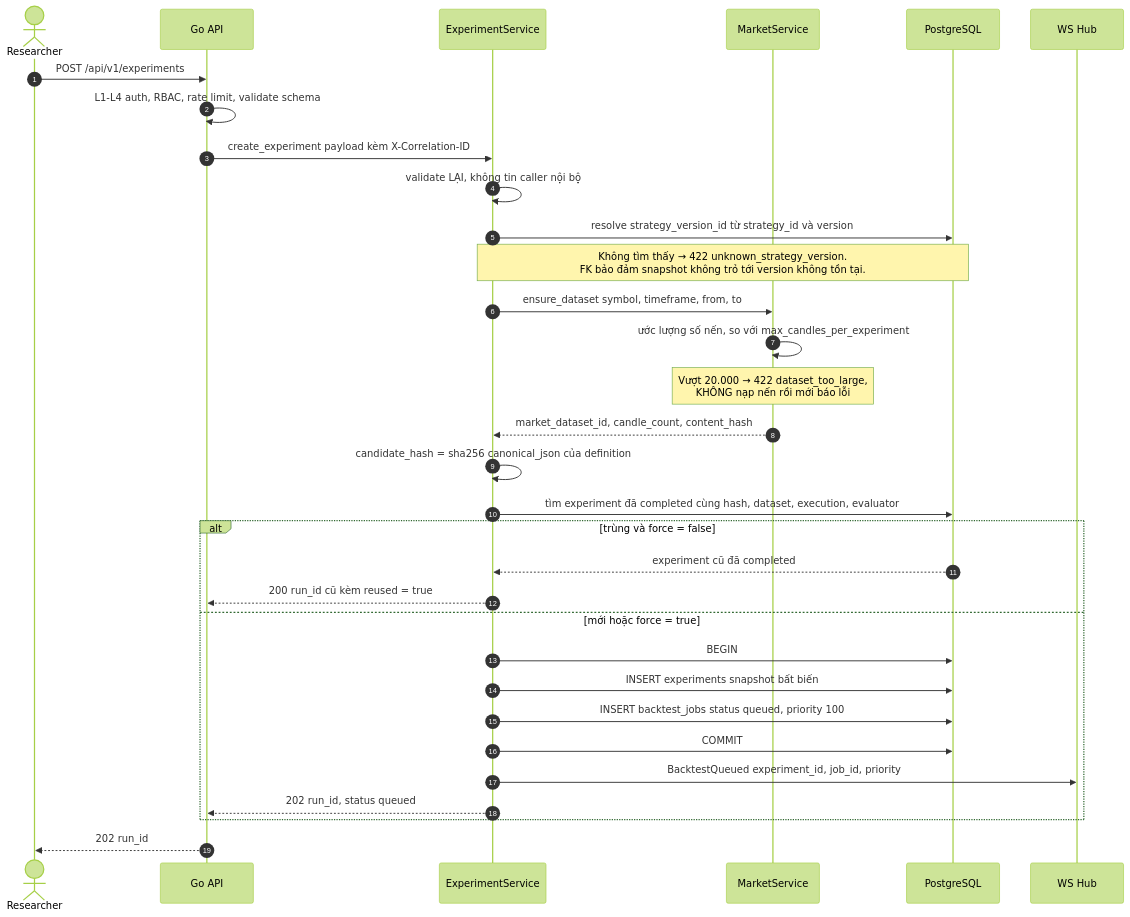
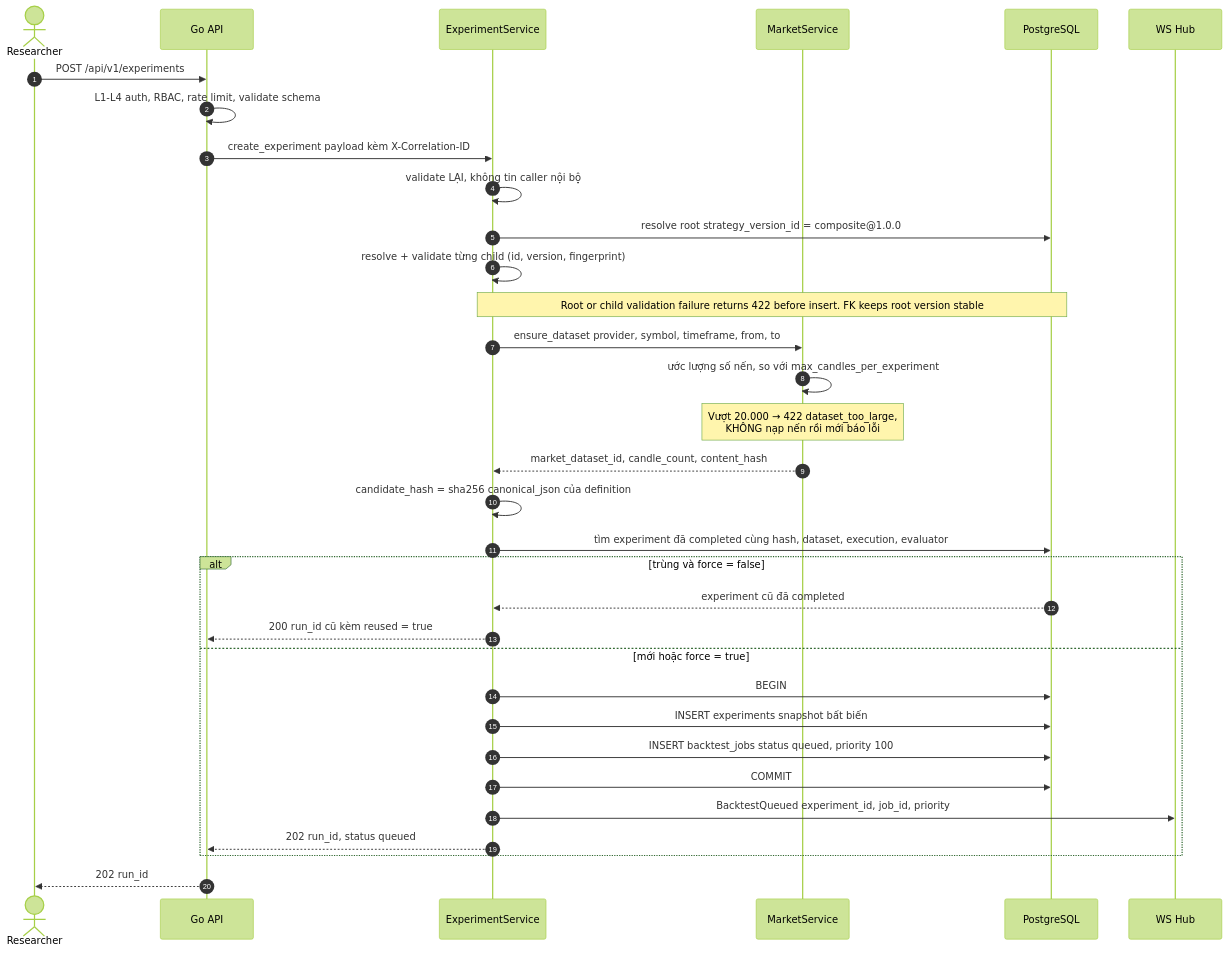
Before and after one commit to EnsoTech-Studio/CryptoBot: the diagram in blueprint/assets/diagrams/16-experiment-create-transaction.mmd, drawn with Mermaid (forest theme). The commit also changed 59 other files, not shown here.

Commit message:
update(blueprint): finalize architecture contracts

```diff
--- a/blueprint/assets/diagrams/16-experiment-create-transaction.mmd
+++ b/blueprint/assets/diagrams/16-experiment-create-transaction.mmd
@@ -1,33 +1,34 @@
 sequenceDiagram
     autonumber
     actor U as Researcher
     participant GO as Go API
     participant EXS as ExperimentService
     participant MS as MarketService
     participant DB as PostgreSQL
     participant HUB as WS Hub
 
     U->>GO: POST /api/v1/experiments
     GO->>GO: L1-L4 auth, RBAC, rate limit, validate schema
     GO->>EXS: create_experiment payload kèm X-Correlation-ID
     EXS->>EXS: validate LẠI, không tin caller nội bộ
-    EXS->>DB: resolve strategy_version_id từ strategy_id và version
-    Note over EXS,DB: Không tìm thấy → 422 unknown_strategy_version.<br/>FK bảo đảm snapshot không trỏ tới version không tồn tại.
-    EXS->>MS: ensure_dataset symbol, timeframe, from, to
+    EXS->>DB: resolve root strategy_version_id = composite@1.0.0
+    EXS->>EXS: resolve + validate từng child (id, version, fingerprint)
+    Note over EXS,DB: Root or child validation failure returns 422 before insert. FK keeps root version stable
+    EXS->>MS: ensure_dataset provider, symbol, timeframe, from, to
     MS->>MS: ước lượng số nến, so với max_candles_per_experiment
     Note over MS: Vượt 20.000 → 422 dataset_too_large,<br/>KHÔNG nạp nến rồi mới báo lỗi
     MS-->>EXS: market_dataset_id, candle_count, content_hash
     EXS->>EXS: candidate_hash = sha256 canonical_json của definition
     EXS->>DB: tìm experiment đã completed cùng hash, dataset, execution, evaluator
     alt trùng và force = false
         DB-->>EXS: experiment cũ đã completed
         EXS-->>GO: 200 run_id cũ kèm reused = true
     else mới hoặc force = true
         EXS->>DB: BEGIN
         EXS->>DB: INSERT experiments snapshot bất biến
         EXS->>DB: INSERT backtest_jobs status queued, priority 100
         EXS->>DB: COMMIT
         EXS->>HUB: BacktestQueued experiment_id, job_id, priority
         EXS-->>GO: 202 run_id, status queued
     end
     GO-->>U: 202 run_id
```
